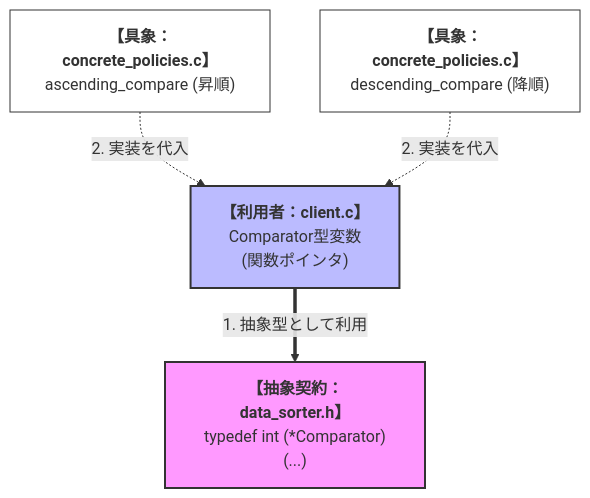
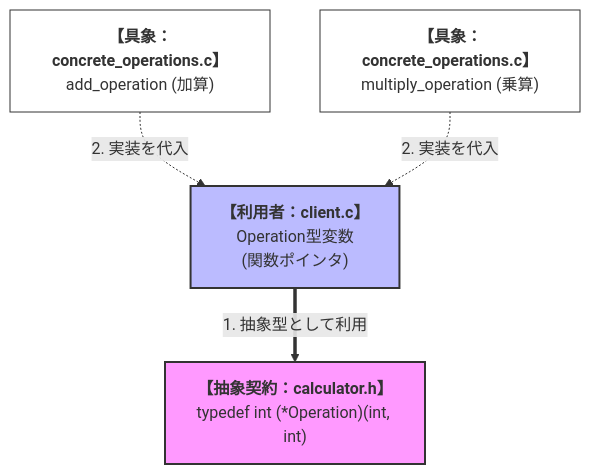
Before and after one commit to kumachan1101/BookProject: the third of 6 diagrams in 01_原稿/04_第1部 第2章 関数ポインタと間接呼び出し - 動的結合の実現_01.md, drawn with Mermaid. The commit also changed other lines of this file and 98 other files, not shown here.

````diff
--- a/01_原稿/04_第1部 第2章 関数ポインタと間接呼び出し - 動的結合の実現_01.md
+++ b/01_原稿/04_第1部 第2章 関数ポインタと間接呼び出し - 動的結合の実現_01.md
@@ -102,24 +102,24 @@
 ```mermaid
     graph TB
     %% 1. 抽象（契約）
-    Contract["<b>【抽象契約：data_sorter.h】</b><br/>typedef int (*Comparator)(...)"]
+    Contract["<b>【抽象契約：calculator.h】</b><br/>typedef int (*Operation)(int, int)"]
 
     %% 2. クライアント
-    Client["<b>【利用者：client.c】</b><br/>Comparator型変数<br/>(関数ポインタ)"]
+    Client["<b>【利用者：client.c】</b><br/>Operation型変数<br/>(関数ポインタ)"]
 
     %% 3. 具象実装
-    Imp1["<b>【具象：concrete_policies.c】</b><br/>ascending_compare (昇順)"]
-    Imp2["<b>【具象：concrete_policies.c】</b><br/>descending_compare (降順)"]
+    Imp1["<b>【具象：concrete_operations.c】</b><br/>add_operation (加算)"]
+    Imp2["<b>【具象：concrete_operations.c】</b><br/>multiply_operation (乗算)"]
 
     %% 関係性：縦のラインで配置を安定させる
     Client ==>|"1. 抽象型として利用"| Contract
 
     Imp1 -.->|"2. 実装を代入"| Client
     Imp2 -.->|"2. 実装を代入"| Client
 
     %% スタイル設定
     style Contract fill:#f9f,stroke:#333,stroke-width:2px
     style Client fill:#bbf,stroke:#333,stroke-width:2px
     style Imp1 fill:#ffffff,stroke:#333
     style Imp2 fill:#ffffff,stroke:#333
 ```
````
